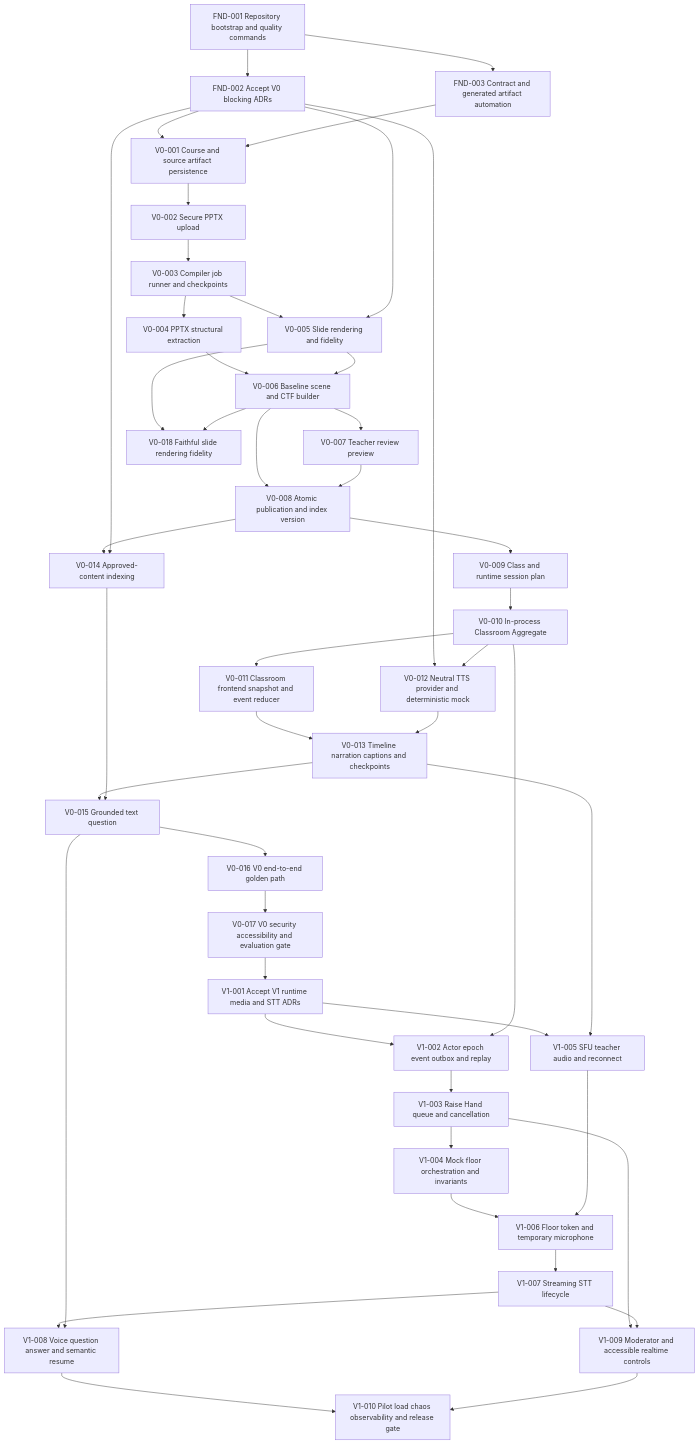
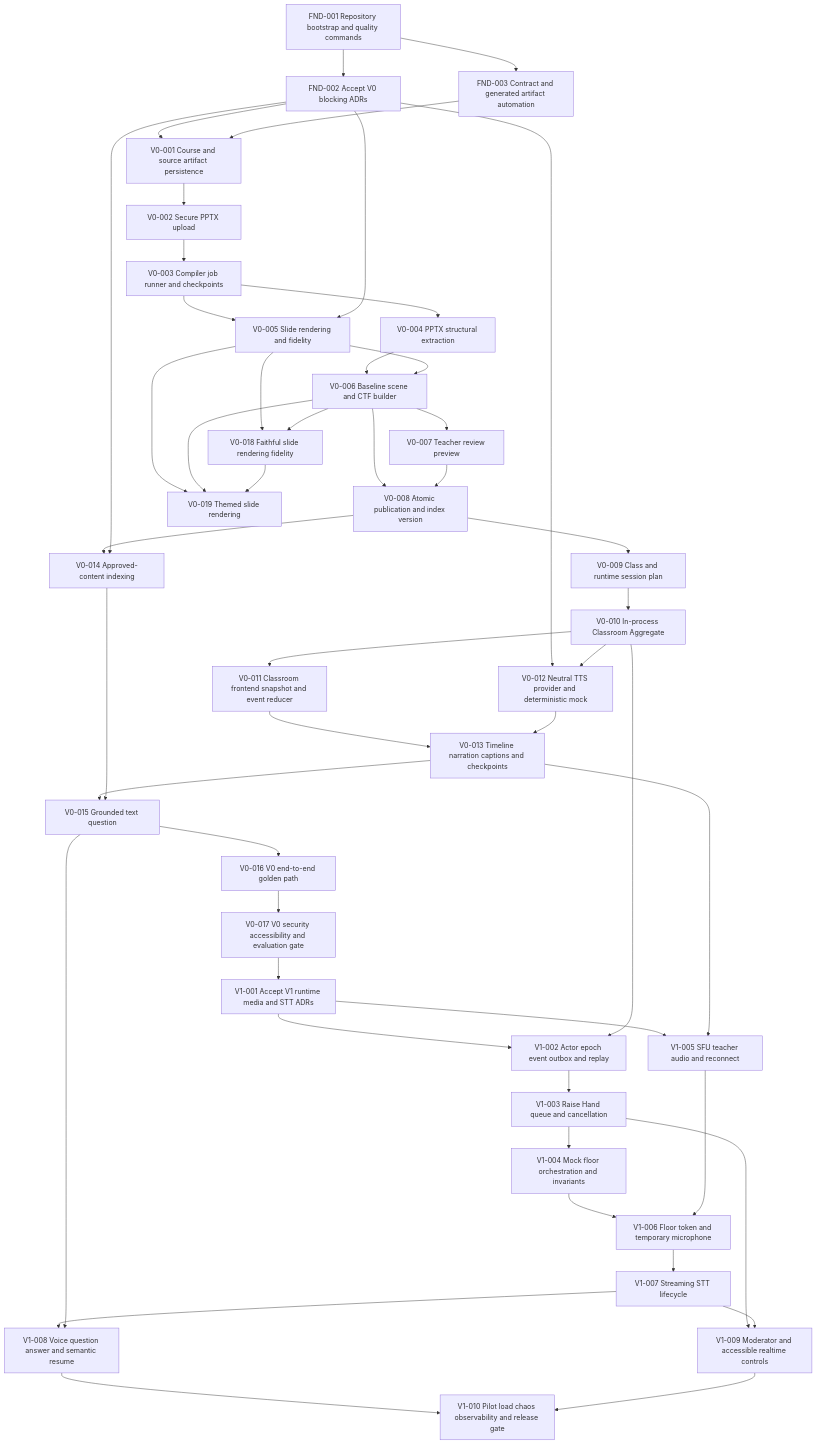
Before and after one commit to dnguyen24498/Mentora: the diagram in tasks/DEPENDENCY_GRAPH.md, drawn with Mermaid. The commit also changed 37 other files, not shown here.

```diff
--- a/tasks/DEPENDENCY_GRAPH.md
+++ b/tasks/DEPENDENCY_GRAPH.md
@@ -52,6 +52,10 @@
   V0_018["V0-018 Faithful slide rendering fidelity"]
   V0_005 --> V0_018
   V0_006 --> V0_018
+  V0_019["V0-019 Themed slide rendering"]
+  V0_005 --> V0_019
+  V0_006 --> V0_019
+  V0_018 --> V0_019
   V1_001["V1-001 Accept V1 runtime media and STT ADRs"]
   V0_017 --> V1_001
   V1_002["V1-002 Actor epoch event outbox and replay"]
```
